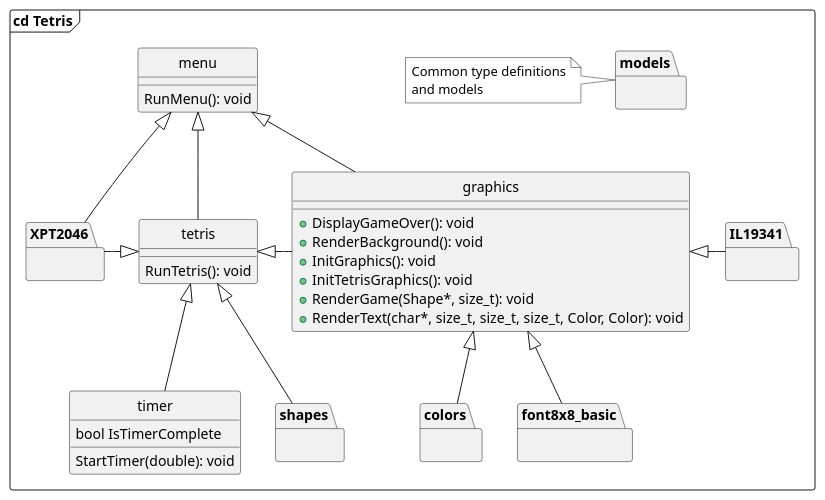
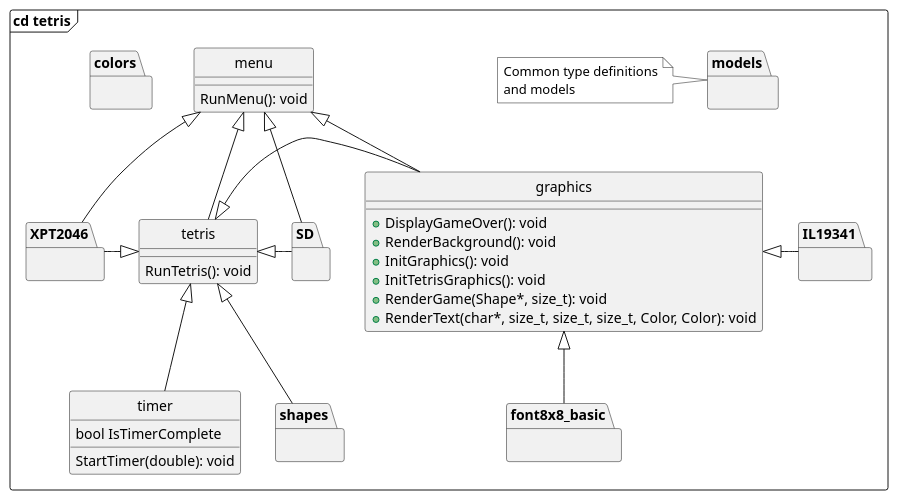
Before and after one commit to Yoda92/AMS_TETRIS: the diagram in diagrams/cd_tetris.wsd, drawn with PlantUML. The commit also changed 17 other files, not shown here.

```diff
--- a/diagrams/cd_tetris.wsd
+++ b/diagrams/cd_tetris.wsd
@@ -1,47 +1,49 @@
 @startuml
 hide circle
 top to bottom direction
 
-frame "cd Tetris" {
+frame "cd tetris" {
     package colors {}
     class graphics {
         + DisplayGameOver(): void
         + RenderBackground(): void
         + InitGraphics(): void
         + InitTetrisGraphics(): void
         + RenderGame(Shape*, size_t): void
         + RenderText(char*, size_t, size_t, size_t, Color, Color): void
     }
     package shapes {}
     class tetris {
         RunTetris(): void
     }
     class timer {
         bool IsTimerComplete
         StartTimer(double): void
     }
     class menu {
         RunMenu(): void
     }
     package font8x8_basic {}
     package IL19341 {}
     package XPT2046 {}
+    package SD {}
     package models {}
 
     menu <|-- tetris
     menu <|-- graphics
     menu <|-- XPT2046
+    menu <|-- SD
     tetris <|-- shapes
     tetris <|- graphics
-    graphics <|-- colors
+    tetris <|- SD
     graphics <|-right- IL19341
     graphics <|-- font8x8_basic
     tetris <|-- timer
     tetris <|-left- XPT2046
 
     note left of models #ffffff
         Common type definitions
         and models
     end note
 }
 @enduml
```
